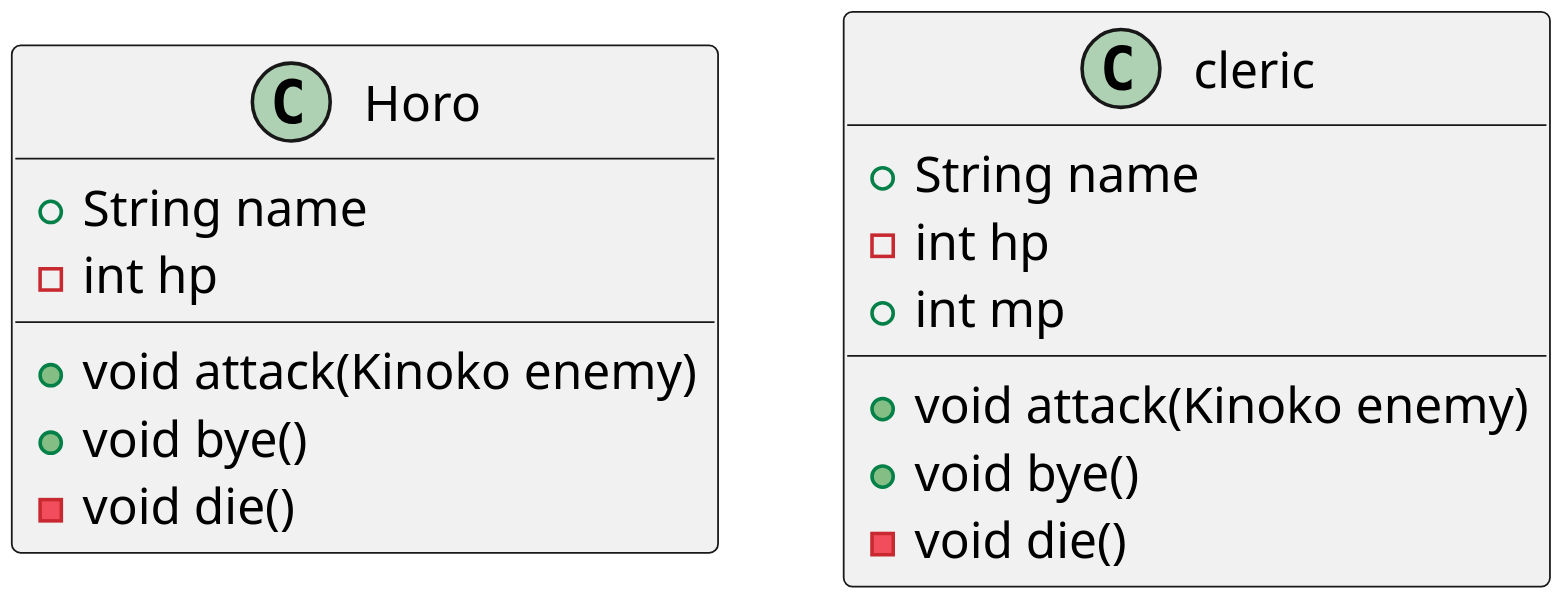
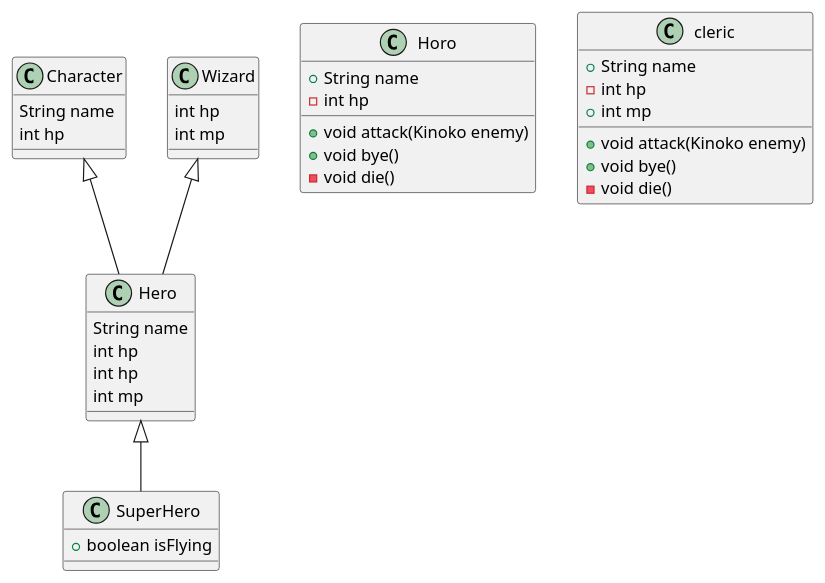
The diagram in src/main/java/com/survivalcoding/game.puml (SurvivalCodingCampus/polytech_java_study), drawn with PlantUML before and after one commit. The commit also changed 9 other files, not shown here.

```diff
--- a/src/main/java/com/survivalcoding/game.puml
+++ b/src/main/java/com/survivalcoding/game.puml
@@ -1,28 +1,50 @@
 @startuml
 'https://plantuml.com/class-diagram
 
-scale 3
+scale 1
+
+class SuperHero extends Hero{
+  + boolean isFlying
+}
+
+class Character {
+   String name
+   int hp
+   }
+class Wizard{
+   int hp
+   int mp
+   }
+
+class Hero extends Character {
+      String name
+      int hp
+      }
+class Hero extends Wizard{
+      int hp
+      int mp
+      }
+
 
 class Horo {
    + String name
    - int hp
 
    +void attack(Kinoko enemy)
    +void bye()
    -void die()
-
 
 }
 class cleric{
    + String name
    - int hp
    + int mp
 
    +void attack(Kinoko enemy)
    +void bye()
    -void die()
 
 
 }
 
 @enduml
```
